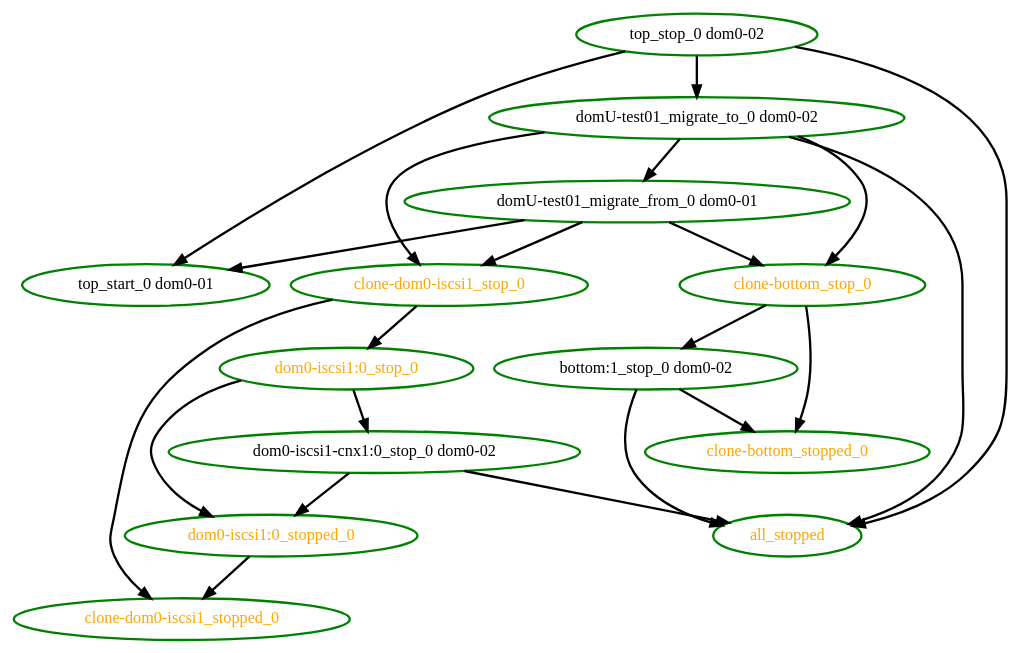
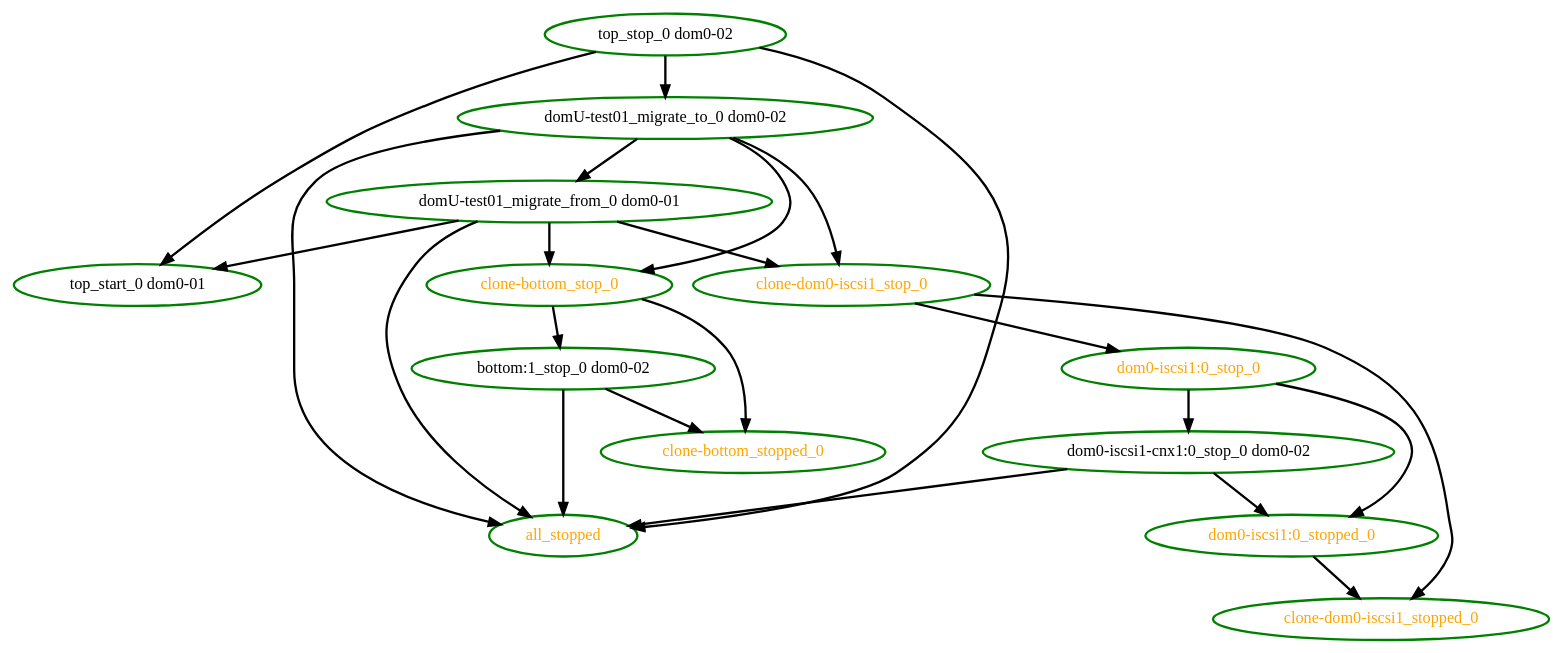
One commit to linux-ha-japan/pm_diskd changed the diagram in pengine/test10/migrate-stop-complex.dot. Above: the diagram before and after it, drawn with Graphviz. The commit also changed 11 other files, not shown here.

```diff
--- a/pengine/test10/migrate-stop-complex.dot
+++ b/pengine/test10/migrate-stop-complex.dot
@@ -1,36 +1,37 @@
 digraph "g" {
 "all_stopped" [ style=bold color="green" fontcolor="orange"  ]
 "bottom:1_stop_0 dom0-02" -> "all_stopped" [ style = bold]
 "bottom:1_stop_0 dom0-02" -> "clone-bottom_stopped_0" [ style = bold]
 "bottom:1_stop_0 dom0-02" [ style=bold color="green" fontcolor="black"  ]
 "clone-bottom_stop_0" -> "bottom:1_stop_0 dom0-02" [ style = bold]
 "clone-bottom_stop_0" -> "clone-bottom_stopped_0" [ style = bold]
 "clone-bottom_stop_0" [ style=bold color="green" fontcolor="orange"  ]
 "clone-bottom_stopped_0" [ style=bold color="green" fontcolor="orange"  ]
 "clone-dom0-iscsi1_stop_0" -> "clone-dom0-iscsi1_stopped_0" [ style = bold]
 "clone-dom0-iscsi1_stop_0" -> "dom0-iscsi1:0_stop_0" [ style = bold]
 "clone-dom0-iscsi1_stop_0" [ style=bold color="green" fontcolor="orange"  ]
 "clone-dom0-iscsi1_stopped_0" [ style=bold color="green" fontcolor="orange"  ]
 "dom0-iscsi1-cnx1:0_stop_0 dom0-02" -> "all_stopped" [ style = bold]
 "dom0-iscsi1-cnx1:0_stop_0 dom0-02" -> "dom0-iscsi1:0_stopped_0" [ style = bold]
 "dom0-iscsi1-cnx1:0_stop_0 dom0-02" [ style=bold color="green" fontcolor="black"  ]
 "dom0-iscsi1:0_stop_0" -> "dom0-iscsi1-cnx1:0_stop_0 dom0-02" [ style = bold]
 "dom0-iscsi1:0_stop_0" -> "dom0-iscsi1:0_stopped_0" [ style = bold]
 "dom0-iscsi1:0_stop_0" [ style=bold color="green" fontcolor="orange"  ]
 "dom0-iscsi1:0_stopped_0" -> "clone-dom0-iscsi1_stopped_0" [ style = bold]
 "dom0-iscsi1:0_stopped_0" [ style=bold color="green" fontcolor="orange"  ]
+"domU-test01_migrate_from_0 dom0-01" -> "all_stopped" [ style = bold]
 "domU-test01_migrate_from_0 dom0-01" -> "clone-bottom_stop_0" [ style = bold]
 "domU-test01_migrate_from_0 dom0-01" -> "clone-dom0-iscsi1_stop_0" [ style = bold]
 "domU-test01_migrate_from_0 dom0-01" -> "top_start_0 dom0-01" [ style = bold]
 "domU-test01_migrate_from_0 dom0-01" [ style=bold color="green" fontcolor="black"  ]
 "domU-test01_migrate_to_0 dom0-02" -> "all_stopped" [ style = bold]
 "domU-test01_migrate_to_0 dom0-02" -> "clone-bottom_stop_0" [ style = bold]
 "domU-test01_migrate_to_0 dom0-02" -> "clone-dom0-iscsi1_stop_0" [ style = bold]
 "domU-test01_migrate_to_0 dom0-02" -> "domU-test01_migrate_from_0 dom0-01" [ style = bold]
 "domU-test01_migrate_to_0 dom0-02" [ style=bold color="green" fontcolor="black"  ]
 "top_start_0 dom0-01" [ style=bold color="green" fontcolor="black"  ]
 "top_stop_0 dom0-02" -> "all_stopped" [ style = bold]
 "top_stop_0 dom0-02" -> "domU-test01_migrate_to_0 dom0-02" [ style = bold]
 "top_stop_0 dom0-02" -> "top_start_0 dom0-01" [ style = bold]
 "top_stop_0 dom0-02" [ style=bold color="green" fontcolor="black"  ]
 }
```
